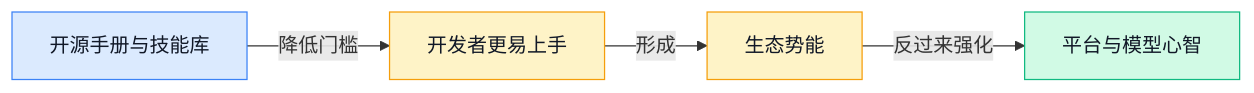
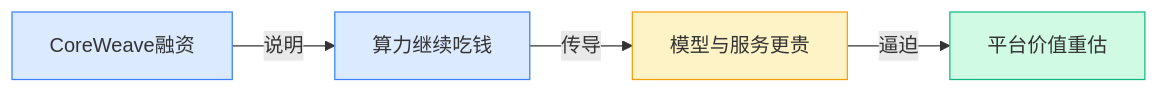
Before and after one commit to ylzsdafei/ai-daily-site: the fifth of 8 diagrams in content/cn/blog/weekly/2026-W16.md, drawn with Mermaid. The commit also changed other lines of this file and 4 other files, not shown here.

````diff
--- a/content/cn/blog/weekly/2026-W16.md
+++ b/content/cn/blog/weekly/2026-W16.md
@@ -156,12 +139,10 @@
 ```mermaid
 graph LR
-A[开源手册与技能库] -->|降低门槛| B[开发者更易上手]
-B -->|形成| C[生态势能]
-C -->|反过来强化| D[平台与模型心智]
-classDef blue fill:#dbeafe,stroke:#3b82f6,color:#111827
-classDef yellow fill:#fef3c7,stroke:#f59e0b,color:#111827
-classDef green fill:#d1fae5,stroke:#10b981,color:#111827
-class A blue
-class B,C yellow
+A[CoreWeave融资]-->|说明|B[算力继续吃钱]-->|传导|C[模型与服务更贵]-->|逼迫|D[平台价值重估]
+classDef blue fill:#dbeafe,stroke:#3b82f6
+classDef yellow fill:#fef3c7,stroke:#f59e0b
+classDef green fill:#d1fae5,stroke:#10b981
+class A,B blue
+class C yellow
 class D green
 ```
````
